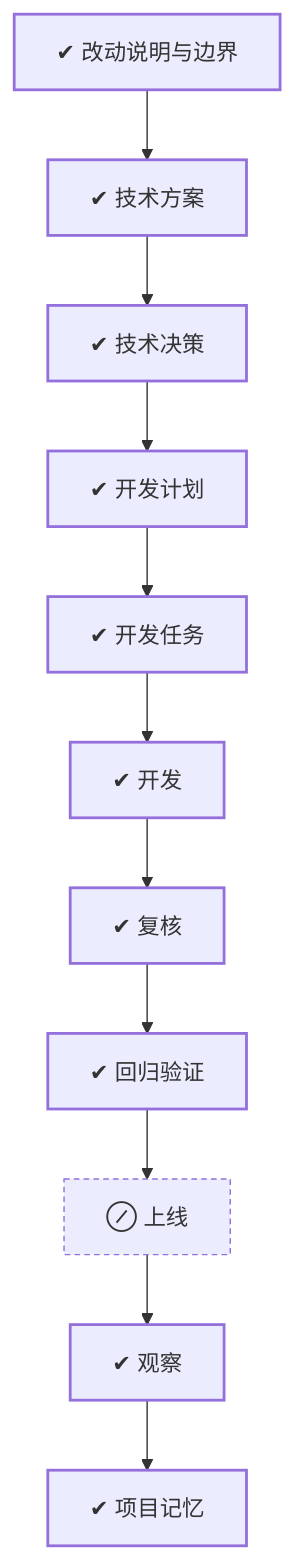
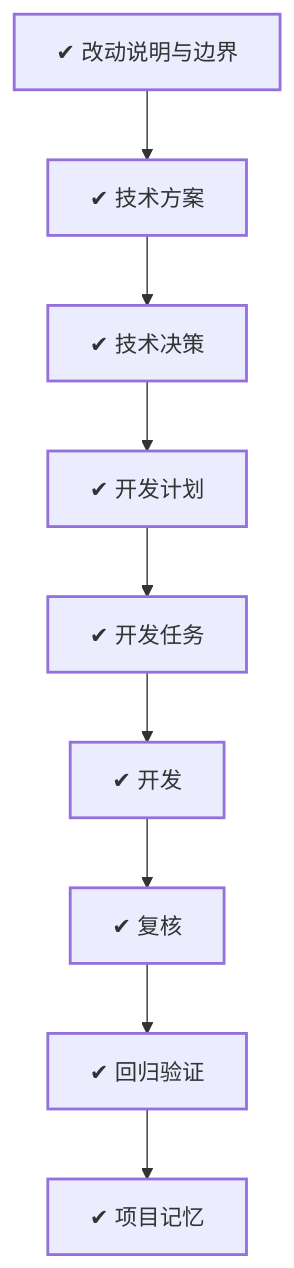
One commit to charon2121/cherry-oj changed the diagram in development/works/WORK-001/00-work.md. Above: the diagram before and after it, drawn with Mermaid. The commit also changed other lines of this file and 85 other files, not shown here.

````diff
--- a/development/works/WORK-001/00-work.md
+++ b/development/works/WORK-001/00-work.md
@@ -37,21 +37,18 @@
 ```mermaid
 flowchart TD
     definition["✔ 改动说明与边界"]
     design["✔ 技术方案"]
     decision["✔ 技术决策"]
     plan["✔ 开发计划"]
     tasks["✔ 开发任务"]
     development["✔ 开发"]
     review["✔ 复核"]
     verification["✔ 回归验证"]
-    release["⊘ 上线"]
-    observe["✔ 观察"]
     memory["✔ 项目记忆"]
-    definition --> design --> decision --> plan --> tasks --> development --> review --> verification --> release --> observe --> memory
+    definition --> design --> decision --> plan --> tasks --> development --> review --> verification --> memory
     classDef done stroke-width:2px
     classDef doing stroke-width:3px
     classDef skipped stroke-dasharray:4 3
     classDef blocked stroke-width:3px,stroke-dasharray:2 2
-    class definition,design,decision,plan,tasks,development,review,verification,observe,memory done
-    class release skipped
+    class definition,design,decision,plan,tasks,development,review,verification,memory done
 ```
````
